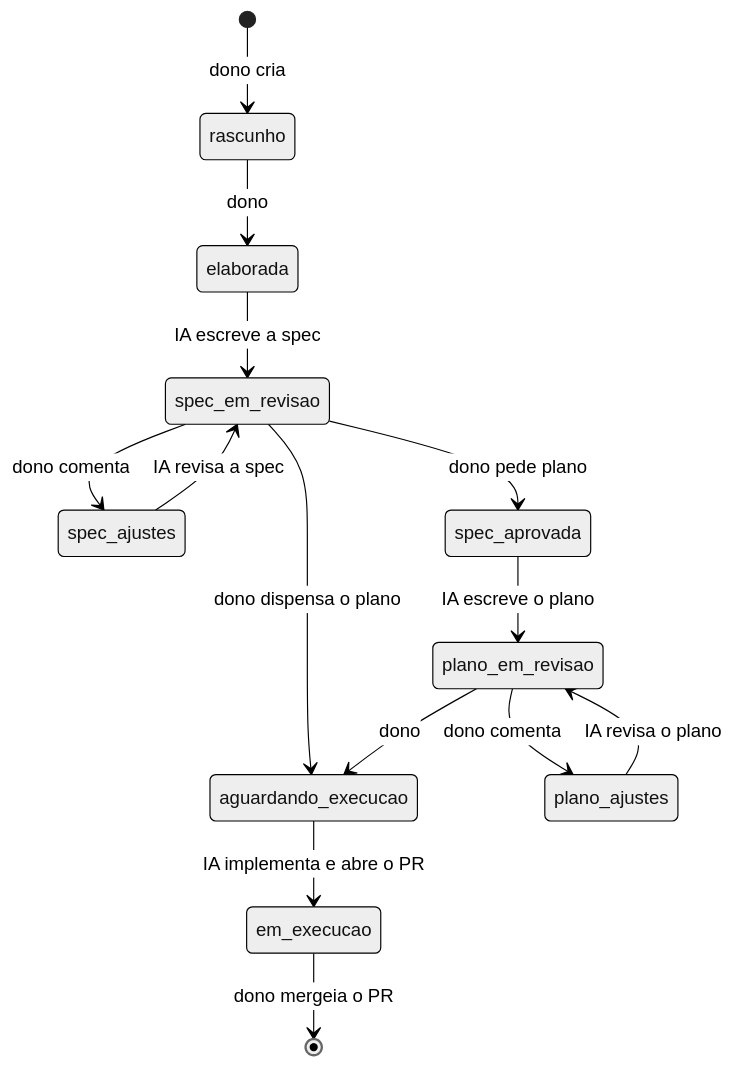
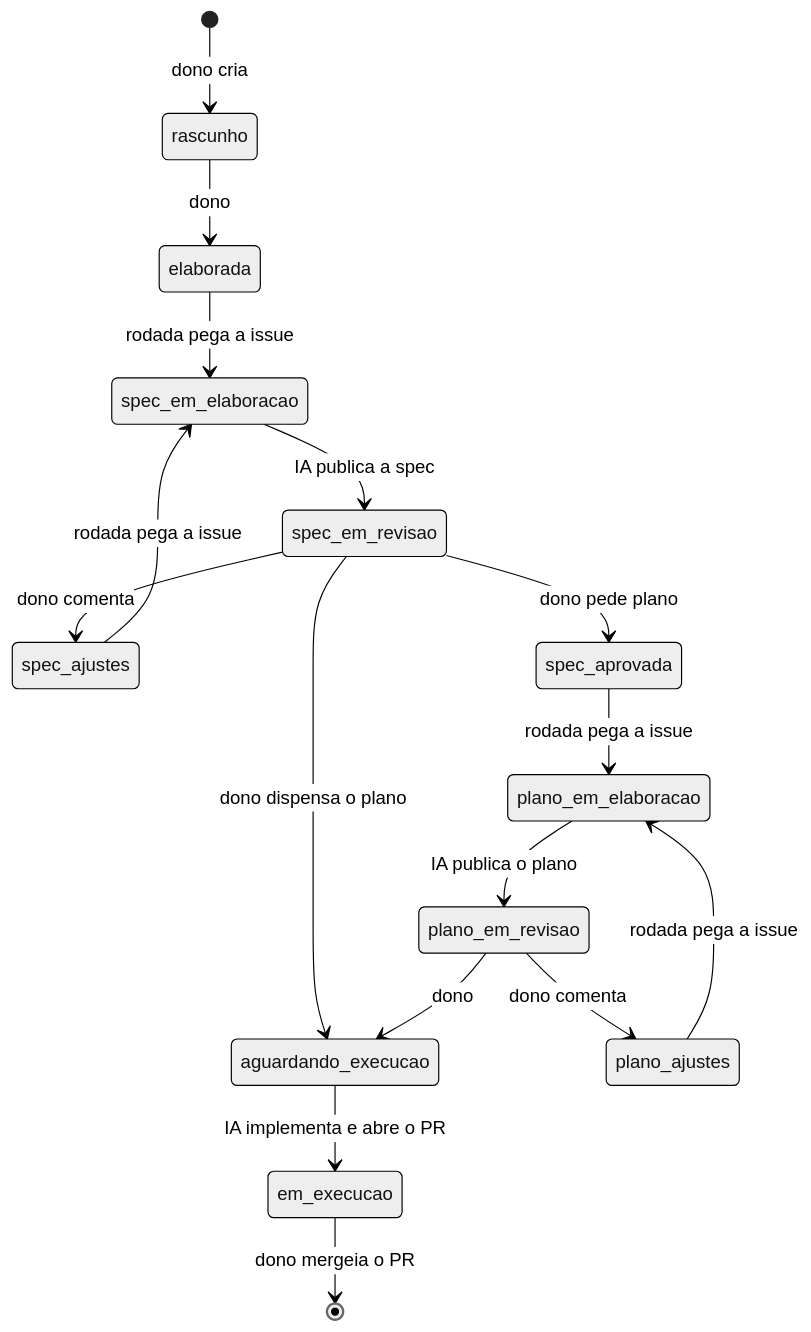
The diagram in CONTRIBUTING.md (EduardoBllc/monitor-versoes), drawn with Mermaid (neutral theme) before and after one commit. The commit also changed other lines of this file and 1 other file, not shown here.

Commit message:
feat: trava da rodada para spec, plano e execução
Estados spec-em-elaboração e plano-em-elaboração marcam o agente
trabalhando, como em-execução já fazia. Um comentário de trava com o id
da rodada desempata duas rodadas simultâneas, e trava com mais de 2 h
vai para o relatório em vez de ser retomada.

Claude-Session: https://claude.ai/code/session_01Y9xw4gygDSuCZ7oN6Zczkk

````diff
--- a/CONTRIBUTING.md
+++ b/CONTRIBUTING.md
@@ -84,16 +84,18 @@
 ```mermaid
 stateDiagram-v2
     [*] --> rascunho: dono cria
     rascunho --> elaborada: dono
-    elaborada --> spec_em_revisao: IA escreve a spec
+    elaborada --> spec_em_elaboracao: rodada pega a issue
+    spec_ajustes --> spec_em_elaboracao: rodada pega a issue
+    spec_em_elaboracao --> spec_em_revisao: IA publica a spec
     spec_em_revisao --> spec_ajustes: dono comenta
-    spec_ajustes --> spec_em_revisao: IA revisa a spec
     spec_em_revisao --> spec_aprovada: dono pede plano
     spec_em_revisao --> aguardando_execucao: dono dispensa o plano
-    spec_aprovada --> plano_em_revisao: IA escreve o plano
+    spec_aprovada --> plano_em_elaboracao: rodada pega a issue
+    plano_ajustes --> plano_em_elaboracao: rodada pega a issue
+    plano_em_elaboracao --> plano_em_revisao: IA publica o plano
     plano_em_revisao --> plano_ajustes: dono comenta
-    plano_ajustes --> plano_em_revisao: IA revisa o plano
     plano_em_revisao --> aguardando_execucao: dono
     aguardando_execucao --> em_execucao: IA implementa e abre o PR
     em_execucao --> [*]: dono mergeia o PR
 ```
````
